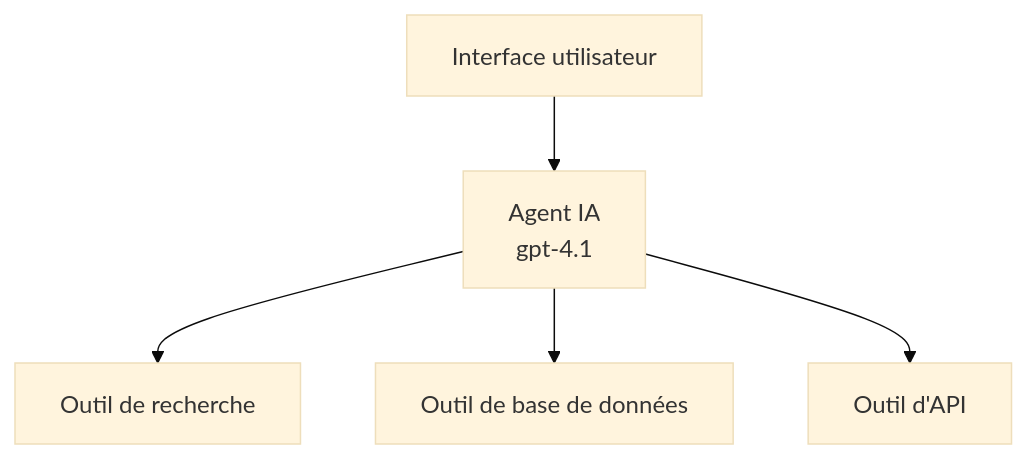
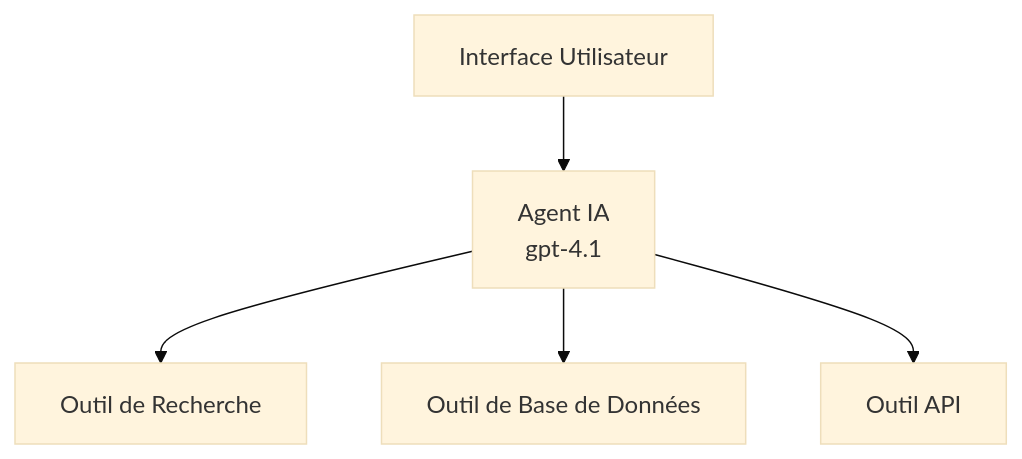
The first of 3 diagrams in translations/fr/docs/chapter-02-ai-development/agents.md (microsoft/AZD-for-beginners), drawn with Mermaid (base theme) before and after one commit. The commit also changed other lines of this file and 99 other files, not shown here.

````diff
--- a/translations/fr/docs/chapter-02-ai-development/agents.md
+++ b/translations/fr/docs/chapter-02-ai-development/agents.md
@@ -152,7 +157,7 @@
 ```mermaid
 graph TD
-    UI[Interface utilisateur] --> Agent[Agent IA<br/>gpt-4.1]
-    Agent --> Search[Outil de recherche]
-    Agent --> Database[Outil de base de données]
-    Agent --> API[Outil d'API]
+    UI[Interface Utilisateur] --> Agent[Agent IA<br/>gpt-4.1]
+    Agent --> Search[Outil de Recherche]
+    Agent --> Database[Outil de Base de Données]
+    Agent --> API[Outil API]
 ```
````
